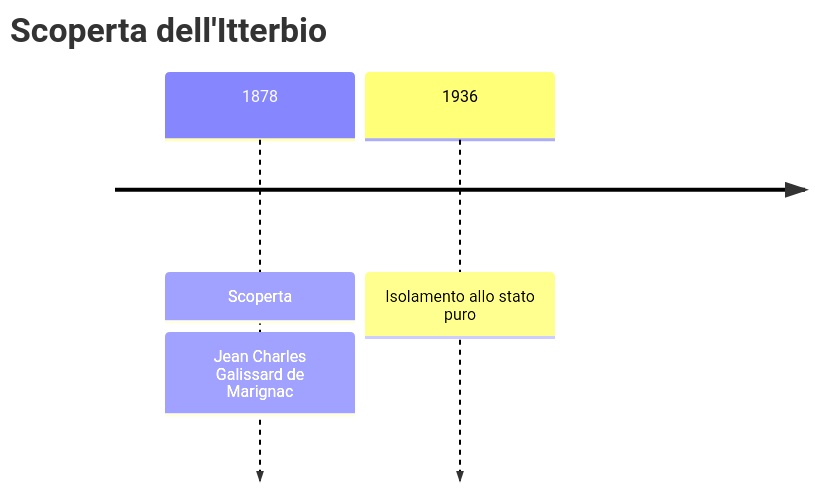
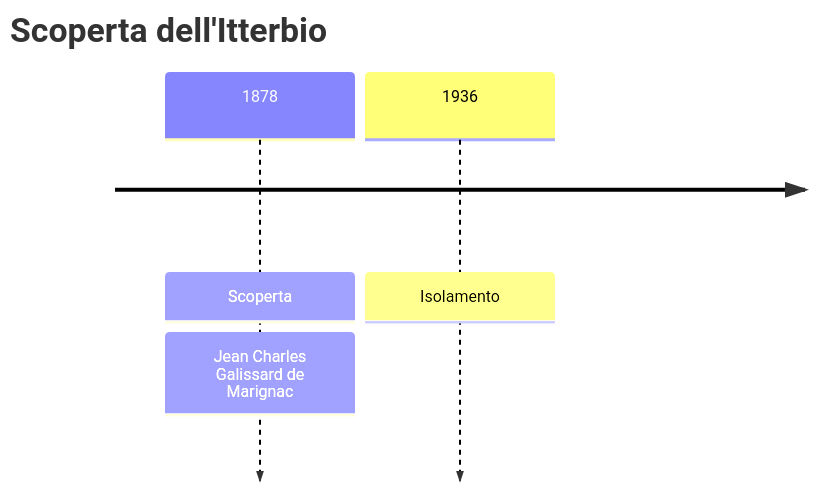
One commit to gianlucaciarcelluti/elements-caos changed the first of 2 diagrams in vault/Elementi/Itterbio.md. Above: the diagram before and after it, drawn with Mermaid. The commit also changed 56 other files, not shown here.

````diff
--- a/vault/Elementi/Itterbio.md
+++ b/vault/Elementi/Itterbio.md
@@ -28,6 +28,6 @@
 ```mermaid
 timeline
     title Scoperta dell'Itterbio
     1878 : Scoperta : Jean Charles Galissard de Marignac
-    1936 : Isolamento allo stato puro
+    1936 : Isolamento
 ```
````
